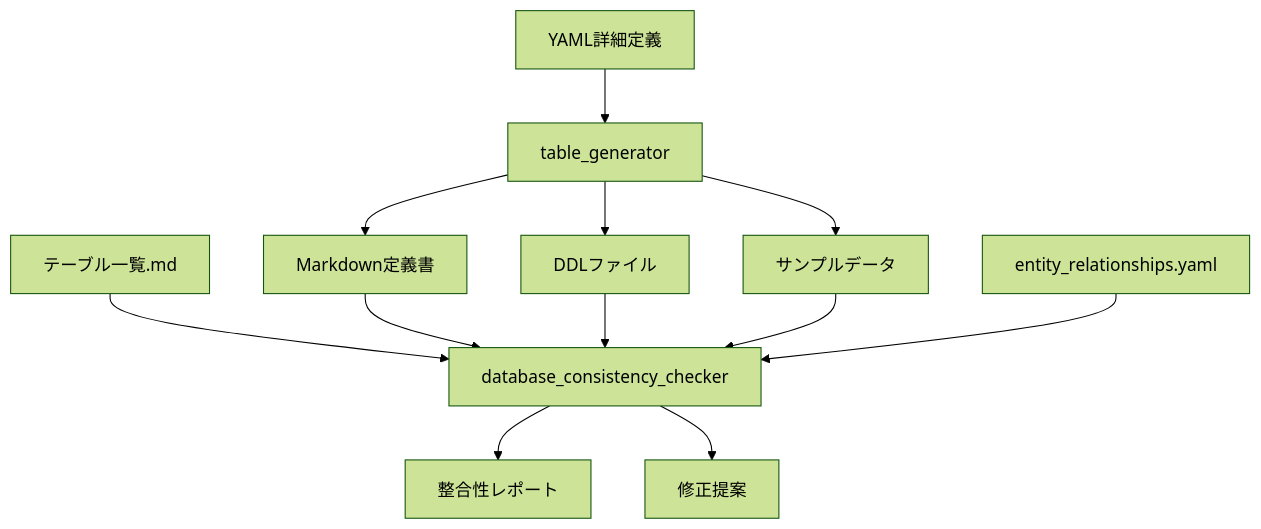
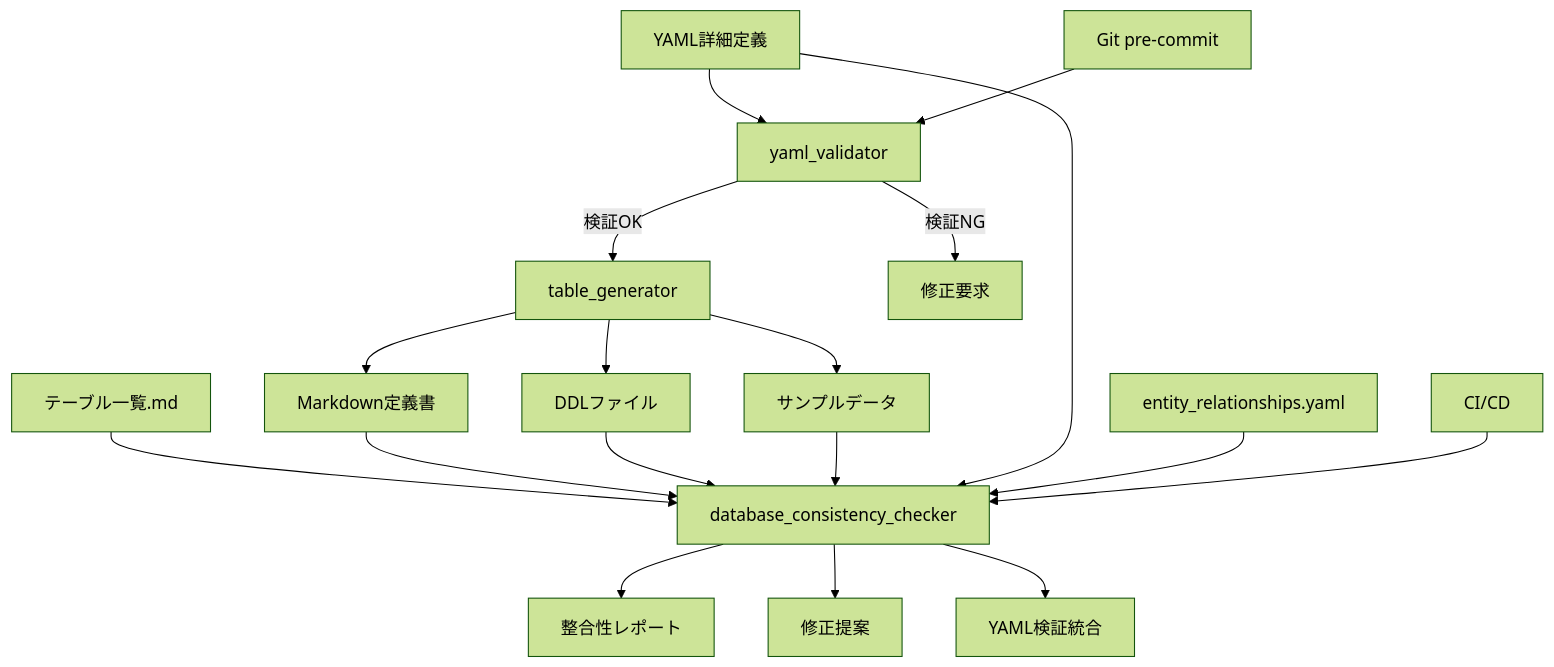
The diagram in docs/design/database/tools/README.md (sas-dx/skill-report-web), drawn with Mermaid (forest theme) before and after one commit. The commit also changed other lines of this file, not shown here.

````diff
--- a/docs/design/database/tools/README.md
+++ b/docs/design/database/tools/README.md
@@ -34,17 +56,25 @@
 ```mermaid
 graph TD
-    A[YAML詳細定義] --> B[table_generator]
-    B --> C[Markdown定義書]
-    B --> D[DDLファイル]
-    B --> E[サンプルデータ]
+    A[YAML詳細定義] --> B[yaml_validator]
+    B --> |検証OK| C[table_generator]
+    B --> |検証NG| B1[修正要求]
     
-    F[テーブル一覧.md] --> G[database_consistency_checker]
-    C --> G
-    D --> G
-    E --> G
+    C --> D[Markdown定義書]
+    C --> E[DDLファイル]
+    C --> F[サンプルデータ]
     
-    G --> H[整合性レポート]
-    G --> I[修正提案]
+    G[テーブル一覧.md] --> H[database_consistency_checker]
+    D --> H
+    E --> H
+    F --> H
+    A --> H
     
-    J[entity_relationships.yaml] --> G
+    H --> I[整合性レポート]
+    H --> J[修正提案]
+    H --> K[YAML検証統合]
+    
+    L[entity_relationships.yaml] --> H
+    
+    M[Git pre-commit] --> B
+    N[CI/CD] --> H
 ```
````
